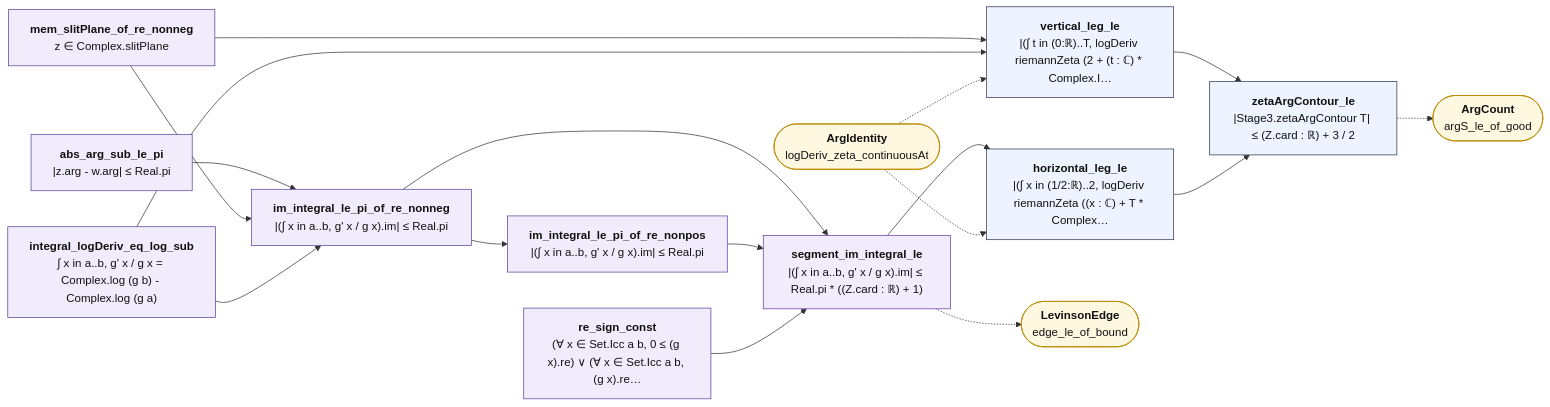
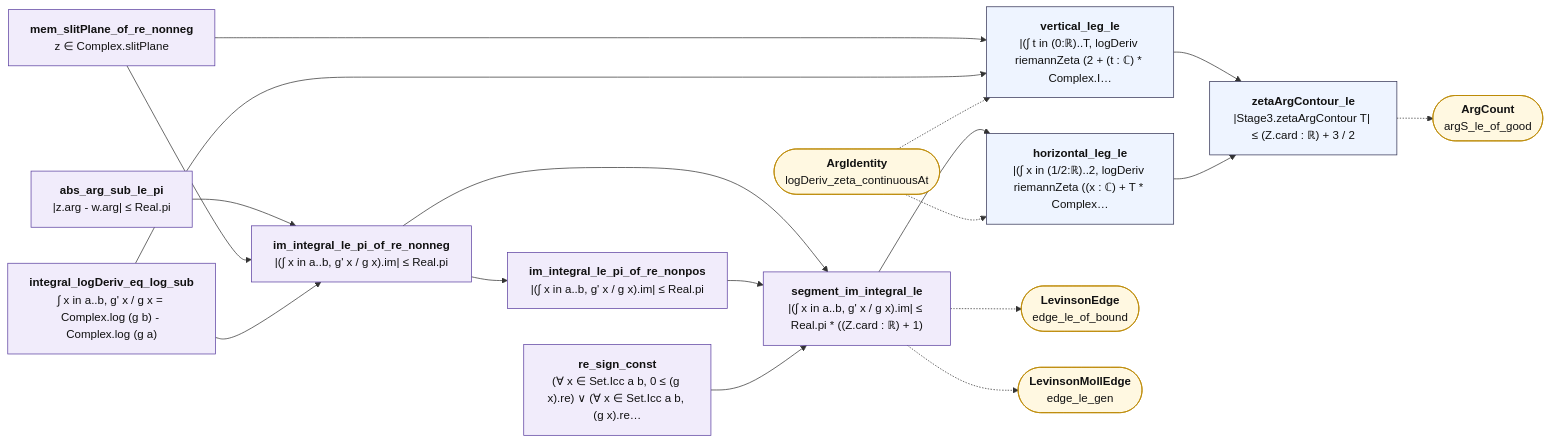
The diagram in map/lean_stage3/ArgLegs.mmd (juliansambranojr/Primebeat_081426), drawn with Mermaid before and after one commit. The commit also changed 21 other files, not shown here.

```diff
--- a/map/lean_stage3/ArgLegs.mmd
+++ b/map/lean_stage3/ArgLegs.mmd
@@ -1,38 +1,40 @@
 flowchart LR
   n0["<b>abs_arg_sub_le_pi</b><br/>|z.arg - w.arg| ≤ Real.pi"]:::shp
   n1["<b>mem_slitPlane_of_re_nonneg</b><br/>z ∈ Complex.slitPlane"]:::shp
   n2["<b>integral_logDeriv_eq_log_sub</b><br/>∫ x in a..b, g' x / g x = Complex.log (g b) - Complex.log (g a)"]:::shp
   n3["<b>im_integral_le_pi_of_re_nonneg</b><br/>|(∫ x in a..b, g' x / g x).im| ≤ Real.pi"]:::shp
   n4["<b>im_integral_le_pi_of_re_nonpos</b><br/>|(∫ x in a..b, g' x / g x).im| ≤ Real.pi"]:::shp
   n5["<b>re_sign_const</b><br/>(∀ x ∈ Set.Icc a b, 0 ≤ (g x).re) ∨ (∀ x ∈ Set.Icc a b, (g x).re…"]:::shp
   n6["<b>segment_im_integral_le</b><br/>|(∫ x in a..b, g' x / g x).im| ≤ Real.pi * ((Z.card : ℝ) + 1)"]:::shp
   n7["<b>vertical_leg_le</b><br/>|(∫ t in (0:ℝ)..T, logDeriv riemannZeta (2 + (t : ℂ) * Complex.I…"]:::thm
   n8["<b>horizontal_leg_le</b><br/>|(∫ x in (1/2:ℝ)..2, logDeriv riemannZeta ((x : ℂ) + T * Complex…"]:::thm
   n9["<b>zetaArgContour_le</b><br/>|Stage3.zetaArgContour T| ≤ (Z.card : ℝ) + 3 / 2"]:::thm
   x0(["<b>LevinsonEdge</b><br/>edge_le_of_bound"]):::ext
-  x1(["<b>ArgIdentity</b><br/>logDeriv_zeta_continuousAt"]):::ext
-  x2(["<b>ArgCount</b><br/>argS_le_of_good"]):::ext
+  x1(["<b>LevinsonMollEdge</b><br/>edge_le_gen"]):::ext
+  x2(["<b>ArgIdentity</b><br/>logDeriv_zeta_continuousAt"]):::ext
+  x3(["<b>ArgCount</b><br/>argS_le_of_good"]):::ext
   n0 --> n3
   n1 --> n3
   n1 --> n7
   n2 --> n3
   n2 --> n7
   n3 --> n4
   n3 --> n6
   n4 --> n6
   n5 --> n6
   n6 --> n8
   n7 --> n9
   n8 --> n9
   n6 -.-> x0
-  n9 -.-> x2
-  x1 -.-> n7
-  x1 -.-> n8
+  n6 -.-> x1
+  n9 -.-> x3
+  x2 -.-> n7
+  x2 -.-> n8
   classDef cnt fill:#dff5ec,stroke:#17694a,color:#111
   classDef shp fill:#f1ecfb,stroke:#5b3fa0,color:#111
   classDef rh fill:#ffe5e5,stroke:#c22,color:#111,stroke-width:2px
   classDef thm fill:#eef4ff,stroke:#335,color:#111
   classDef end_ fill:#e7f7e7,stroke:#2a7,color:#111,stroke-width:2px
   classDef lone fill:#fff,stroke:#999,color:#111,stroke-dasharray:4 3
   classDef bad fill:#ffe5e5,stroke:#c22,color:#111,stroke-width:2px
   classDef ext fill:#fff8e1,stroke:#b80,color:#111
```
